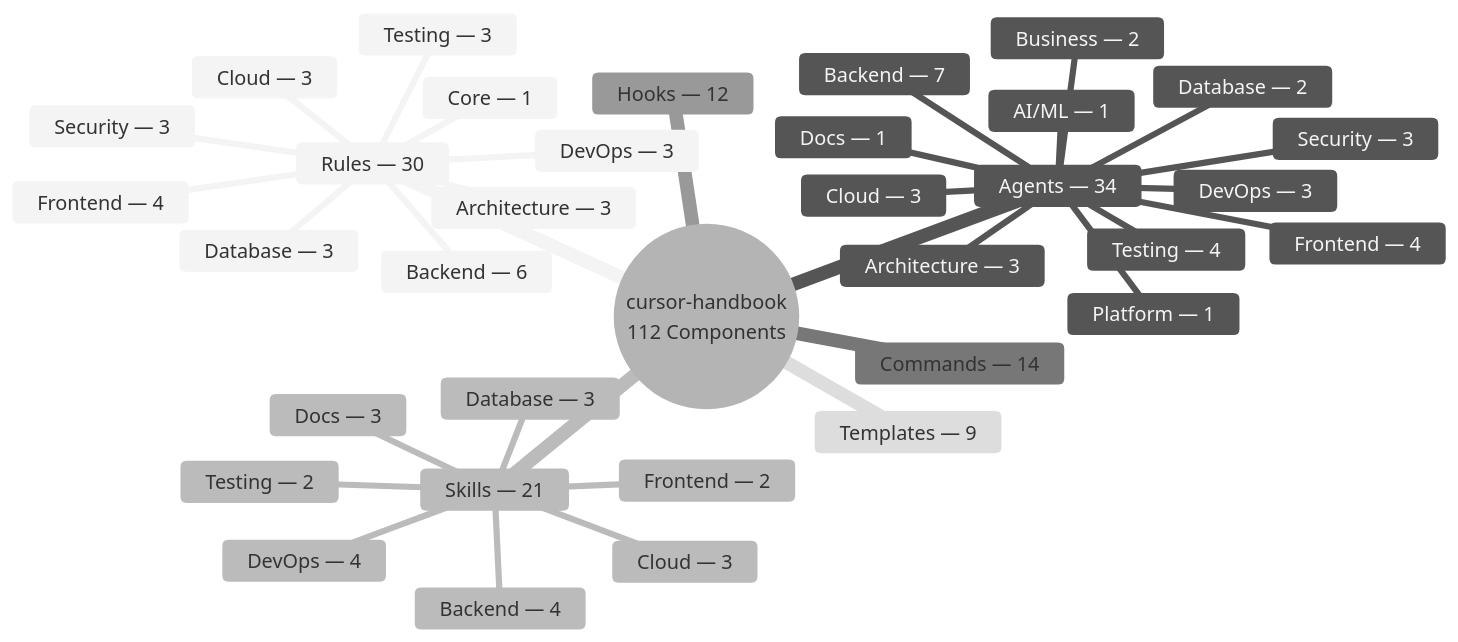
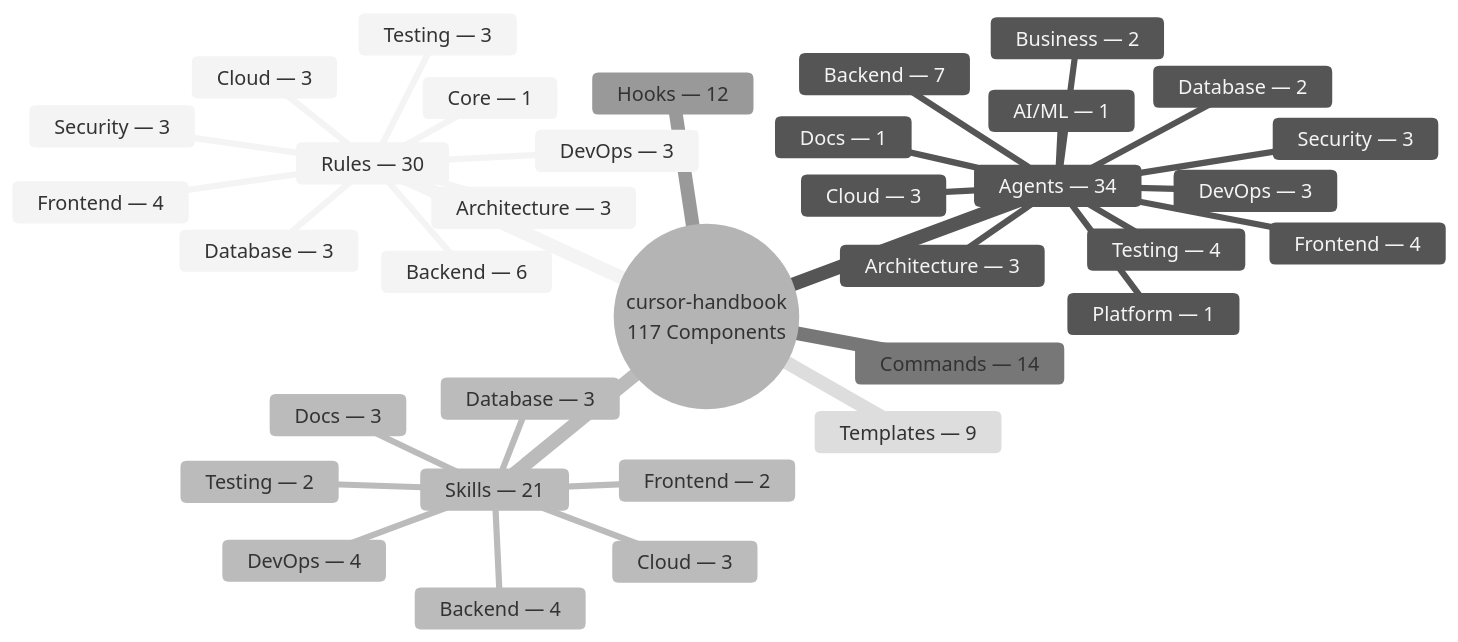
Before and after one commit to girijashankarj/cursor-handbook: the second of 11 diagrams in README.md, drawn with Mermaid. The commit also changed other lines of this file and 62 other files, not shown here.

First line of the commit message:
feat(website): add fork-safe cursor-handbook UI

````diff
--- a/README.md
+++ b/README.md
@@ -153,39 +154,39 @@
 ```mermaid
 %%{init: {'theme': 'neutral'}}%%
 mindmap
-  root((cursor-handbook<br/>112 Components))
+  root((cursor-handbook<br/>117 Components))
     Rules — 30
       Architecture — 3
       Backend — 6
       Frontend — 4
       Security — 3
       Database — 3
       Cloud — 3
       Testing — 3
       DevOps — 3
       Core — 1
     Agents — 34
       Architecture — 3
       Backend — 7
       Frontend — 4
       Testing — 4
       Database — 2
       Security — 3
       Cloud — 3
       DevOps — 3
       Business — 2
       AI/ML — 1
       Docs — 1
       Platform — 1
     Skills — 21
       Backend — 4
       Frontend — 2
       Testing — 2
       Database — 3
       Cloud — 3
       DevOps — 4
       Docs — 3
     Commands — 14
     Hooks — 12
     Templates — 9
 ```
````
